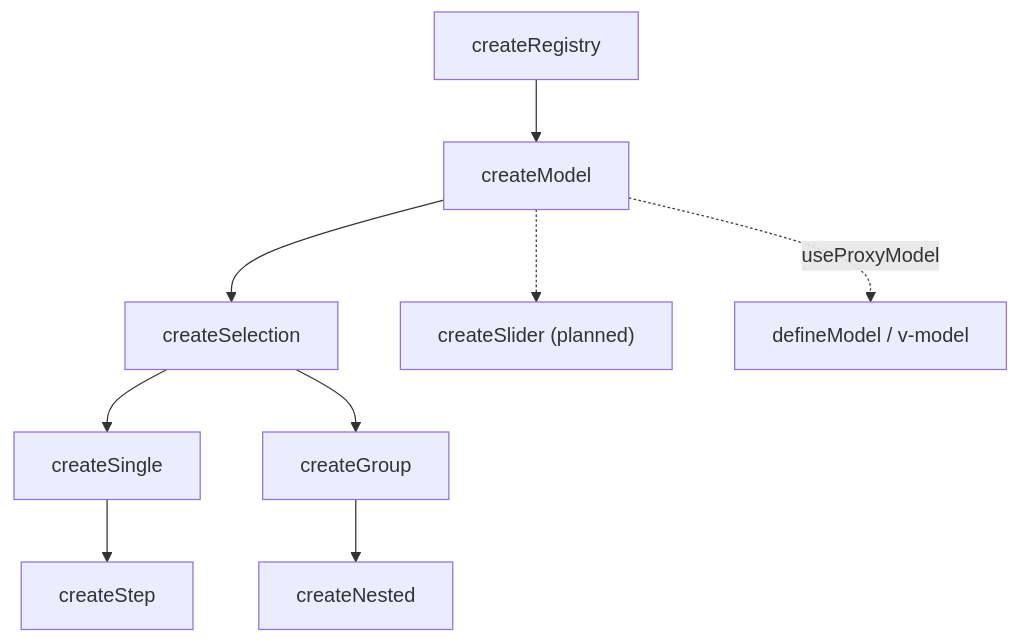
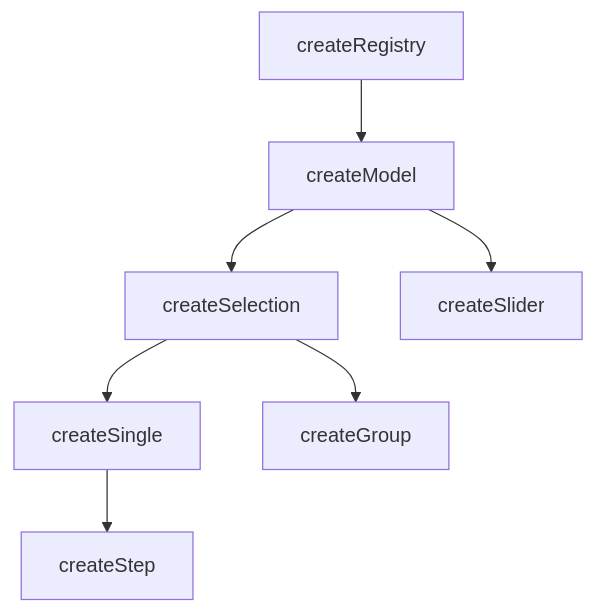
The diagram in apps/docs/src/pages/composables/selection/create-model.md (vuetifyjs/0), drawn with Mermaid before and after one commit. The commit also changed other lines of this file, not shown here.

Commit message:
docs(createModel): rewrite page as value store, not selection

````diff
--- a/apps/docs/src/pages/composables/selection/create-model.md
+++ b/apps/docs/src/pages/composables/selection/create-model.md
@@ -53,11 +53,9 @@
 ```mermaid "Model Hierarchy"
 flowchart TD
-  createRegistry --> createModel:::primary
+  createRegistry --> createModel
   createModel --> createSelection
-  createModel -.-> createSlider["createSlider (planned)"]
+  createModel --> createSlider
   createSelection --> createSingle
   createSelection --> createGroup
   createSingle --> createStep
-  createGroup --> createNested
-  createModel -. "useProxyModel" .-> defineModel["defineModel / v-model"]
 ```
````
